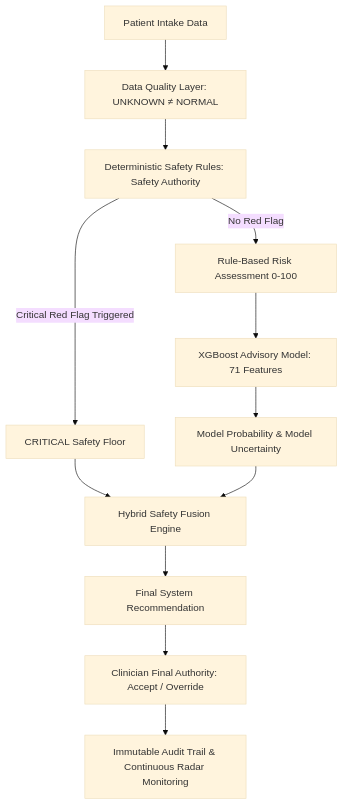
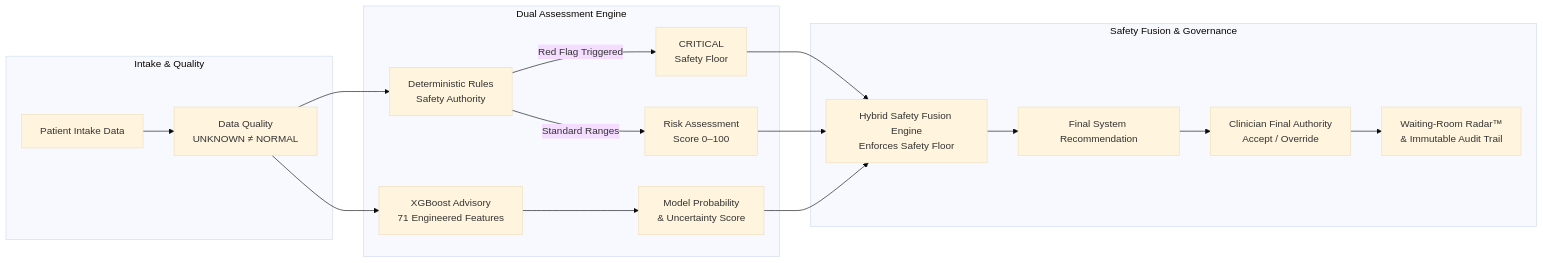
Before and after one commit to sahilsheoran999/patient_triage: the first of 4 diagrams in docs/PatientTriage_Submission.md, drawn with Mermaid (base theme). The commit also changed other lines of this file and 2 other files, not shown here.

````diff
--- a/docs/PatientTriage_Submission.md
+++ b/docs/PatientTriage_Submission.md
@@ -121,14 +121,21 @@
 ```mermaid
-graph TD
-    A[Patient Intake Data] --> B[Data Quality Layer: UNKNOWN ≠ NORMAL]
-    B --> C[Deterministic Safety Rules: Safety Authority]
-    C -->|Critical Red Flag Triggered| D[CRITICAL Safety Floor]
-    C -->|No Red Flag| E[Rule-Based Risk Assessment 0-100]
-    E --> F[XGBoost Advisory Model: 71 Features]
-    F --> G[Model Probability & Model Uncertainty]
-    D --> H[Hybrid Safety Fusion Engine]
-    G --> H
-    H --> I[Final System Recommendation]
-    I --> J[Clinician Final Authority: Accept / Override]
-    J --> K[Immutable Audit Trail & Continuous Radar Monitoring]
+graph LR
+    subgraph Intake & Quality
+        A[Patient Intake Data] --> B[Data Quality<br>UNKNOWN ≠ NORMAL]
+    end
+    subgraph Dual Assessment Engine
+        B --> C[Deterministic Rules<br>Safety Authority]
+        B --> E[XGBoost Advisory<br>71 Engineered Features]
+        C -->|Red Flag Triggered| D[CRITICAL<br>Safety Floor]
+        C -->|Standard Ranges| R[Risk Assessment<br>Score 0–100]
+        E --> G[Model Probability<br>& Uncertainty Score]
+    end
+    subgraph Safety Fusion & Governance
+        D --> H[Hybrid Safety Fusion Engine<br>Enforces Safety Floor]
+        G --> H
+        R --> H
+        H --> I[Final System Recommendation]
+        I --> J[Clinician Final Authority<br>Accept / Override]
+        J --> K[Waiting-Room Radar™<br>& Immutable Audit Trail]
+    end
 ```
````
